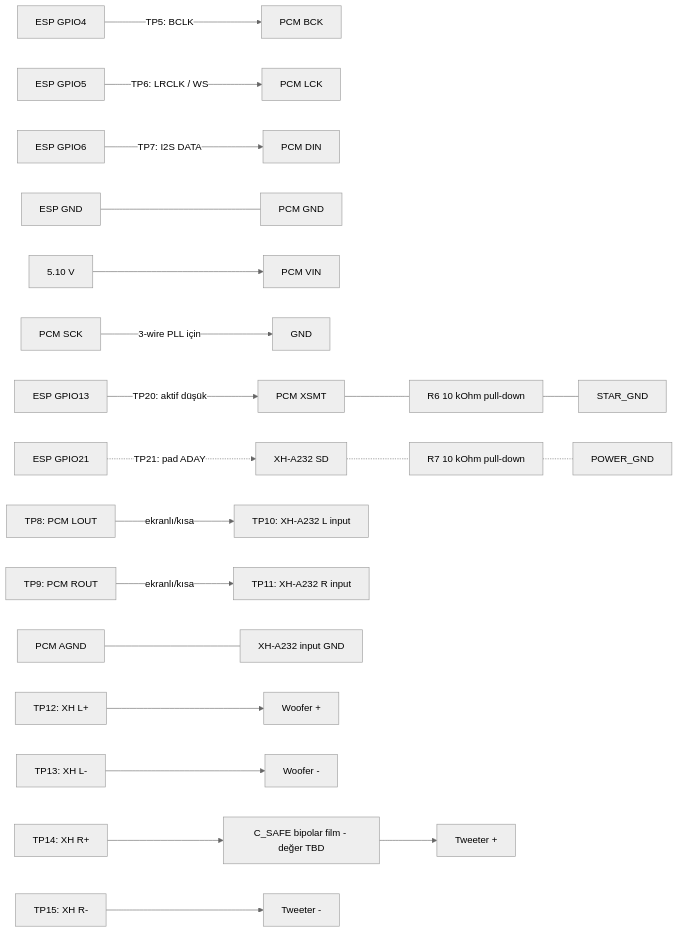
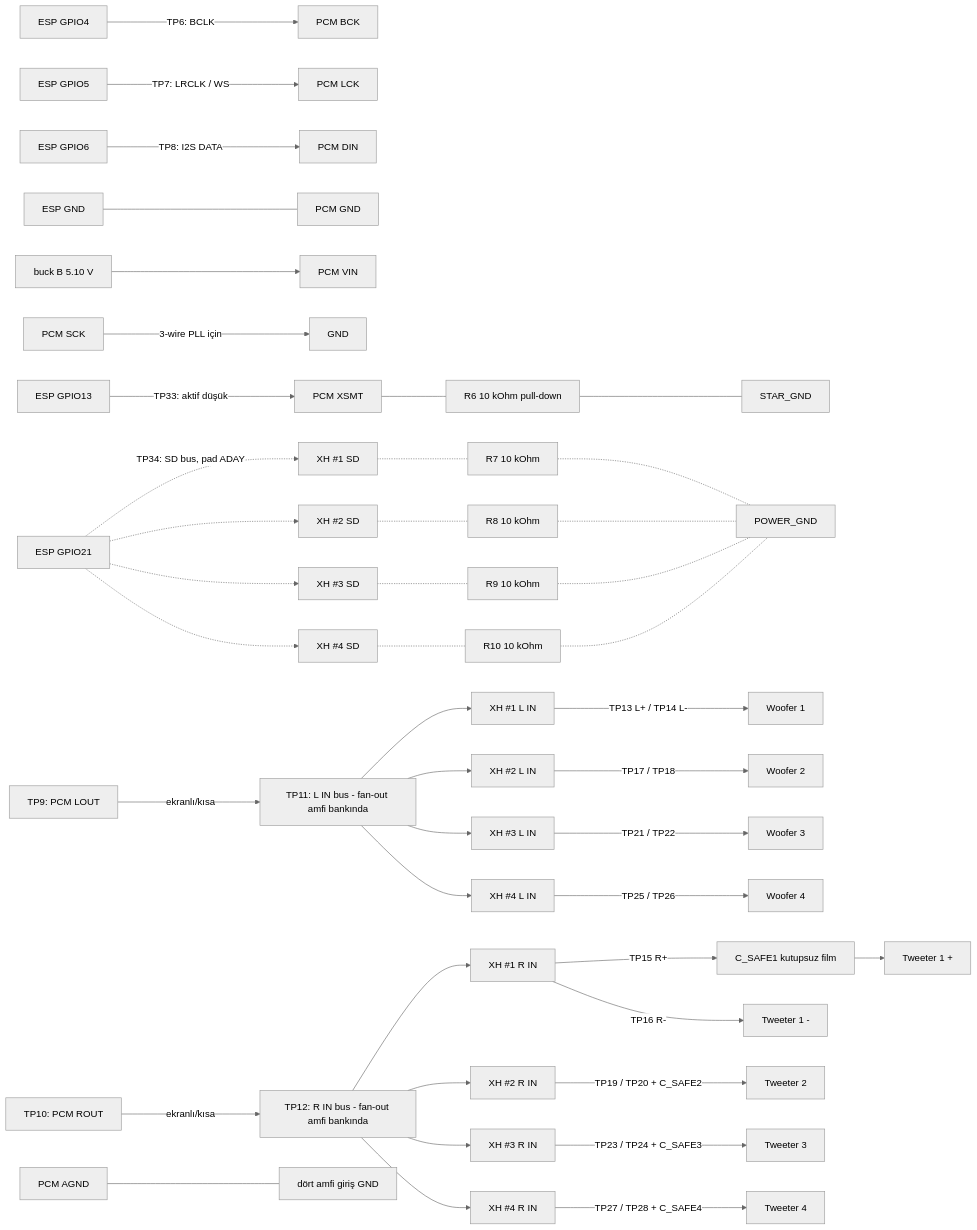
Before and after one commit to ktahatastan/esp32-airplay-speakers: the third of 7 diagrams in docs/02-hardware/circuit-and-wiring-plan.md, drawn with Mermaid (neutral theme). The commit also changed other lines of this file and 122 other files, not shown here.

````diff
--- a/docs/02-hardware/circuit-and-wiring-plan.md
+++ b/docs/02-hardware/circuit-and-wiring-plan.md
@@ -127,24 +156,42 @@
 ```mermaid
 flowchart LR
-    G4[ESP GPIO4] -->|TP5: BCLK| BCK[PCM BCK]
-    G5[ESP GPIO5] -->|TP6: LRCLK / WS| LCK[PCM LCK]
-    G6[ESP GPIO6] -->|TP7: I2S DATA| DIN[PCM DIN]
+    G4[ESP GPIO4] -->|TP6: BCLK| BCK[PCM BCK]
+    G5[ESP GPIO5] -->|TP7: LRCLK / WS| LCK[PCM LCK]
+    G6[ESP GPIO6] -->|TP8: I2S DATA| DIN[PCM DIN]
     DG[ESP GND] --- PG[PCM GND]
-    P5[5.10 V] --> VIN[PCM VIN]
+    P5[buck B 5.10 V] --> VIN[PCM VIN]
     SCK[PCM SCK] -->|3-wire PLL için| SGND[GND]
 
-    G13[ESP GPIO13] -->|TP20: aktif düşük| XSMT[PCM XSMT]
+    G13[ESP GPIO13] -->|TP33: aktif düşük| XSMT[PCM XSMT]
     XSMT --- R6[R6 10 kOhm pull-down] --- SG[STAR_GND]
-    G21[ESP GPIO21] -.->|TP21: pad ADAY| SD[XH-A232 SD]
-    SD -.- R7[R7 10 kOhm pull-down] -.- PG2[POWER_GND]
+    G21[ESP GPIO21] -.->|TP34: SD bus, pad ADAY| SD1[XH #1 SD]
+    G21 -.-> SD2[XH #2 SD]
+    G21 -.-> SD3[XH #3 SD]
+    G21 -.-> SD4[XH #4 SD]
+    SD1 -.- R7[R7 10 kOhm] -.- PG2[POWER_GND]
+    SD2 -.- R8[R8 10 kOhm] -.- PG2
+    SD3 -.- R9[R9 10 kOhm] -.- PG2
+    SD4 -.- R10[R10 10 kOhm] -.- PG2
 
-    LOUT[TP8: PCM LOUT] -->|ekranlı/kısa| LIN[TP10: XH-A232 L input]
-    ROUT[TP9: PCM ROUT] -->|ekranlı/kısa| RIN[TP11: XH-A232 R input]
-    AG[PCM AGND] --- AING[XH-A232 input GND]
+    LOUT[TP9: PCM LOUT] -->|ekranlı/kısa| LBUS[TP11: L IN bus - fan-out amfi bankında]
+    ROUT[TP10: PCM ROUT] -->|ekranlı/kısa| RBUS[TP12: R IN bus - fan-out amfi bankında]
+    LBUS --> L1[XH #1 L IN]
+    LBUS --> L2[XH #2 L IN]
+    LBUS --> L3[XH #3 L IN]
+    LBUS --> L4[XH #4 L IN]
+    RBUS --> R1[XH #1 R IN]
+    RBUS --> R2[XH #2 R IN]
+    RBUS --> R3[XH #3 R IN]
+    RBUS --> R4[XH #4 R IN]
+    AG[PCM AGND] --- AING[dört amfi giriş GND]
 
-    LPLUS[TP12: XH L+] --> WPLUS[Woofer +]
-    LMINUS[TP13: XH L-] --> WMINUS[Woofer -]
-    RPLUS[TP14: XH R+] --> CSAFE[C_SAFE bipolar film - değer TBD]
-    CSAFE --> TPLUS[Tweeter +]
-    RMINUS[TP15: XH R-] --> TMINUS[Tweeter -]
+    L1 -->|TP13 L+ / TP14 L-| W1[Woofer 1]
+    R1 -->|TP15 R+| CS1[C_SAFE1 kutupsuz film] --> T1[Tweeter 1 +]
+    R1 -->|TP16 R-| T1M[Tweeter 1 -]
+    L2 -->|TP17 / TP18| W2[Woofer 2]
+    R2 -->|TP19 / TP20 + C_SAFE2| T2[Tweeter 2]
+    L3 -->|TP21 / TP22| W3[Woofer 3]
+    R3 -->|TP23 / TP24 + C_SAFE3| T3[Tweeter 3]
+    L4 -->|TP25 / TP26| W4[Woofer 4]
+    R4 -->|TP27 / TP28 + C_SAFE4| T4[Tweeter 4]
 ```
````
